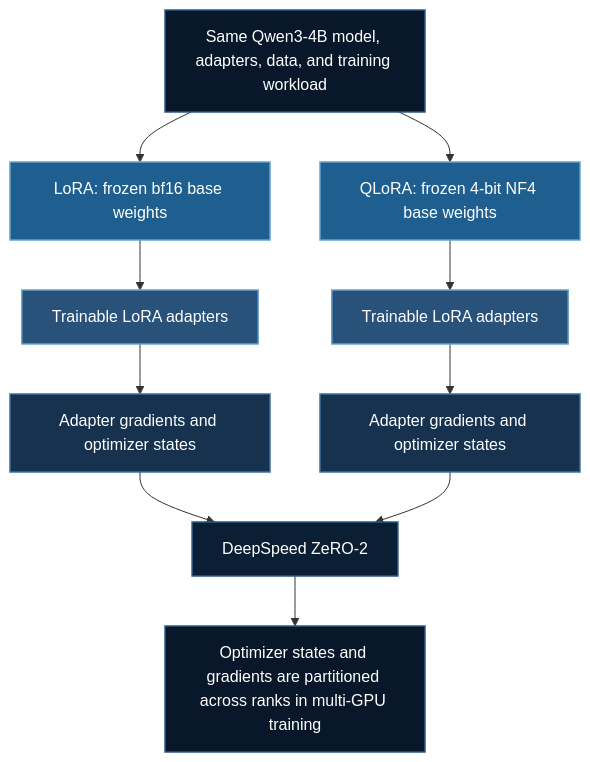
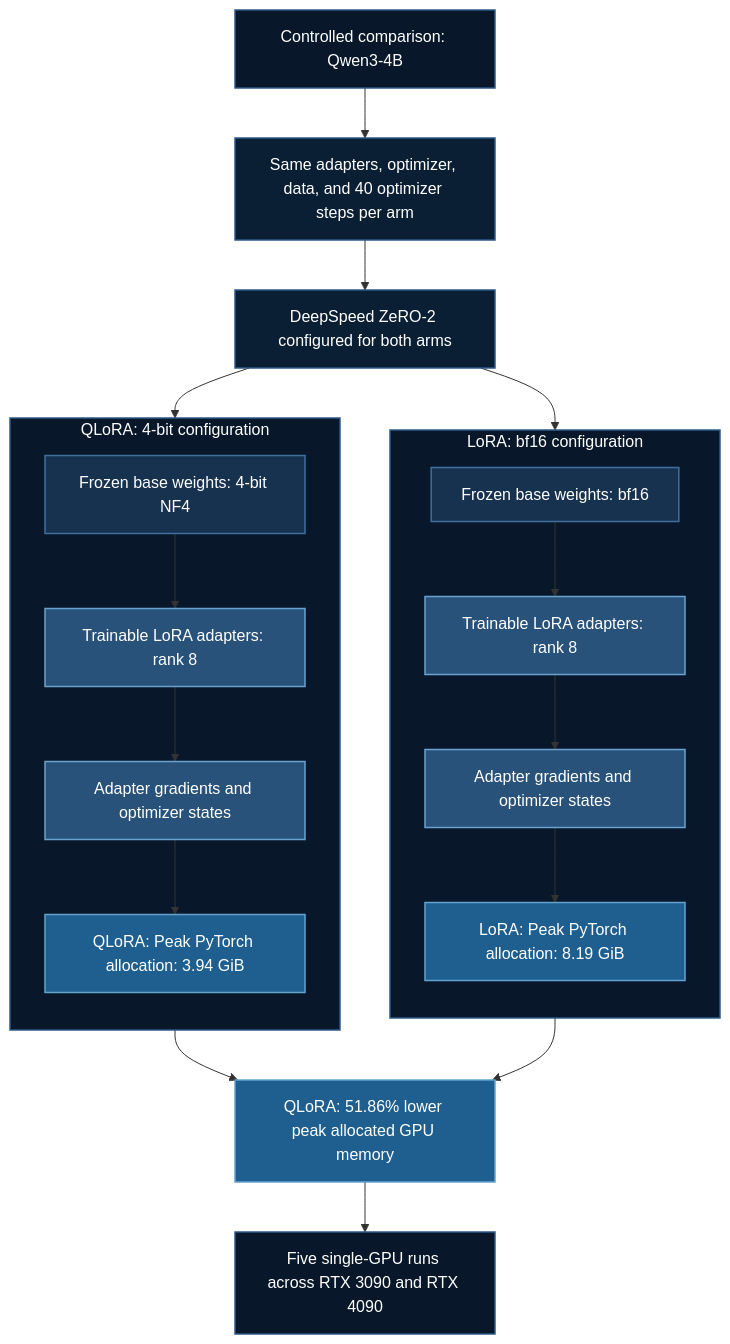
One commit to yiqiao-yin/deepspeed-course changed the diagram in docusaurus-docs/docs/tutorials/llms/qlora-memory.md. Above: the diagram before and after it, drawn with Mermaid.

Commit message:
Improve QLoRA memory comparison Mermaid diagram

````diff
--- a/docusaurus-docs/docs/tutorials/llms/qlora-memory.md
+++ b/docusaurus-docs/docs/tutorials/llms/qlora-memory.md
@@ -76,31 +76,55 @@
 ```mermaid
 flowchart TB
-    START["Same Qwen3-4B model, adapters, data, and training workload"]
+    START["Controlled comparison: Qwen3-4B"]
+    CONFIG["Same adapters, optimizer, data, and 40 optimizer steps per arm"]
+    ZERO["DeepSpeed ZeRO-2 configured for both arms"]
 
-    START --> LBASE["LoRA: frozen bf16 base weights"]
-    START --> QBASE["QLoRA: frozen 4-bit NF4 base weights"]
+    START --> CONFIG
+    CONFIG --> ZERO
 
-    LBASE --> LADAPT["Trainable LoRA adapters"]
-    QBASE --> QADAPT["Trainable LoRA adapters"]
+    subgraph LORA["LoRA: bf16 configuration"]
+        direction TB
+        LB["Frozen base weights: bf16"]
+        LA["Trainable LoRA adapters: rank 8"]
+        LS["Adapter gradients and optimizer states"]
+        LM["LoRA: Peak PyTorch allocation: 8.19 GiB"]
 
-    LADAPT --> LSTATE["Adapter gradients and optimizer states"]
-    QADAPT --> QSTATE["Adapter gradients and optimizer states"]
+        LB --> LA
+        LA --> LS
+        LS --> LM
+    end
 
-    LSTATE --> ZERO["DeepSpeed ZeRO-2"]
-    QSTATE --> ZERO
+    subgraph QLORA["QLoRA: 4-bit configuration"]
+        direction TB
+        QB["Frozen base weights: 4-bit NF4"]
+        QA["Trainable LoRA adapters: rank 8"]
+        QS["Adapter gradients and optimizer states"]
+        QM["QLoRA: Peak PyTorch allocation: 3.94 GiB"]
 
-    ZERO --> RESULT["Optimizer states and gradients are partitioned across ranks in multi-GPU training"]
+        QB --> QA
+        QA --> QS
+        QS --> QM
+    end
+
+    ZERO --> LB
+    ZERO --> QB
+
+    LM --> RESULT["QLoRA: 51.86% lower peak allocated GPU memory"]
+    QM --> RESULT
+
+    NOTE["Five single-GPU runs across RTX 3090 and RTX 4090"]
+    RESULT --> NOTE
 
     classDef deep   fill:#08182a,stroke:#2d5a86,stroke-width:1.5px,color:#ffffff
     classDef dark   fill:#0a1f33,stroke:#2d5a86,stroke-width:1.5px,color:#ffffff
     classDef base   fill:#16324f,stroke:#3f6f9f,stroke-width:1.5px,color:#ffffff
     classDef bright fill:#1e5f8f,stroke:#63a3d0,stroke-width:1.5px,color:#ffffff
     classDef steel  fill:#28527a,stroke:#6aa2cd,stroke-width:1.5px,color:#ffffff
 
-    class START deep
-    class LBASE,QBASE bright
-    class LADAPT,QADAPT steel
-    class LSTATE,QSTATE base
-    class ZERO dark
-    class RESULT deep
+    class START,NOTE deep
+    class CONFIG,ZERO dark
+    class LB,QB base
+    class LA,QA,LS,QS steel
+    class LM,QM,RESULT bright
+    class LORA,QLORA deep
 ```
````
